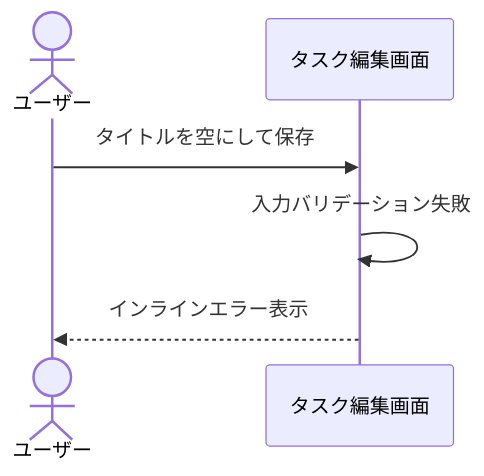
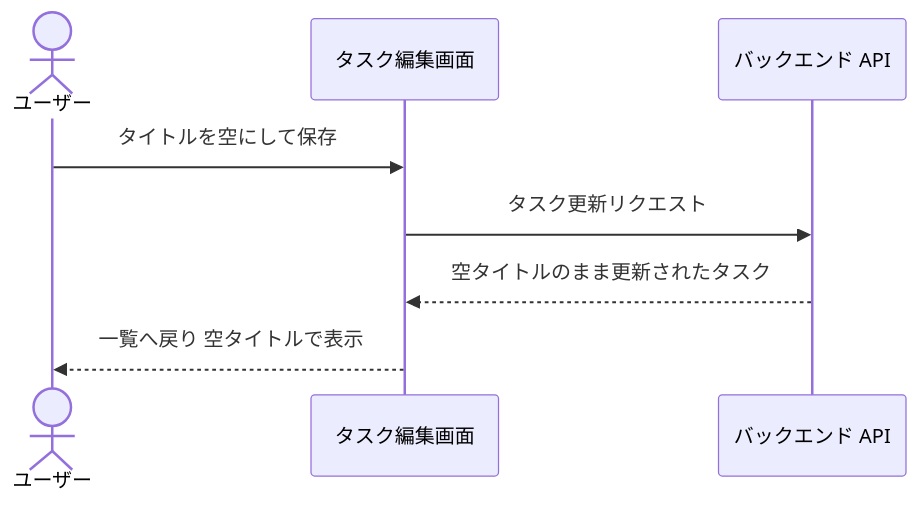
Before and after one commit to shuhei1101/ai-monitor-e2e: the second of 2 diagrams in docs/wiki/設計図/シナリオ/単一ユースケース/タスク編集.md, drawn with Mermaid. The commit also changed other lines of this file, not shown here.

Commit message:
docs: 単一UC シナリオを要件と矛盾した内容に差し替え

````diff
--- a/docs/wiki/設計図/シナリオ/単一ユースケース/タスク編集.md
+++ b/docs/wiki/設計図/シナリオ/単一ユースケース/タスク編集.md
@@ -47,9 +47,11 @@
 ```mermaid
 sequenceDiagram
   actor U as ユーザー
   participant FE as タスク編集画面
+  participant BE as バックエンド API
 
   U->>FE: タイトルを空にして保存
-  FE->>FE: 入力バリデーション失敗
-  FE-->>U: インラインエラー表示
+  FE->>BE: タスク更新リクエスト
+  BE-->>FE: 空タイトルのまま更新されたタスク
+  FE-->>U: 一覧へ戻り 空タイトルで表示
 ```
````
